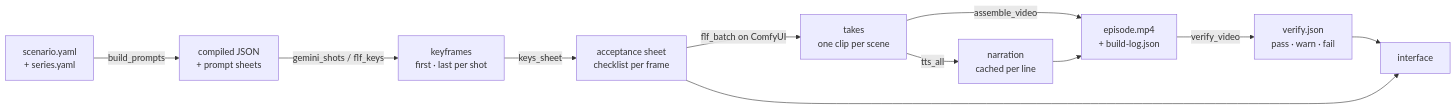
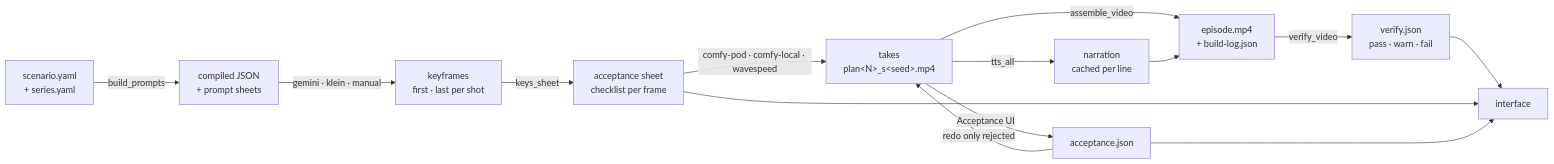
The diagram in README.md (KleeroHere/Firstlight), drawn with Mermaid before and after one commit. The commit also changed other lines of this file, not shown here.

First line of the commit message:
docs: README sections for backends, acceptance, cost & time

````diff
--- a/README.md
+++ b/README.md
@@ -48,13 +51,16 @@
 ```mermaid
 flowchart LR
     S["scenario.yaml<br/>+ series.yaml"] -->|build_prompts| C["compiled JSON<br/>+ prompt sheets"]
-    C -->|gemini_shots / flf_keys| K["keyframes<br/>first · last per shot"]
+    C -->|"gemini · klein · manual"| K["keyframes<br/>first · last per shot"]
     K -->|keys_sheet| A["acceptance sheet<br/>checklist per frame"]
-    A -->|flf_batch on ComfyUI| T["takes<br/>one clip per scene"]
+    A -->|"comfy-pod · comfy-local · wavespeed"| T["takes<br/>plan&lt;N&gt;_s&lt;seed&gt;.mp4"]
+    T -->|Acceptance UI| ACC["acceptance.json"]
+    ACC -->|redo only rejected| T
     T -->|tts_all| V["narration<br/>cached per line"]
     T -->|assemble_video| E["episode.mp4<br/>+ build-log.json"]
     V --> E
     E -->|verify_video| R["verify.json<br/>pass · warn · fail"]
     R --> UI["interface"]
     A --> UI
+    ACC --> UI
 ```
````
